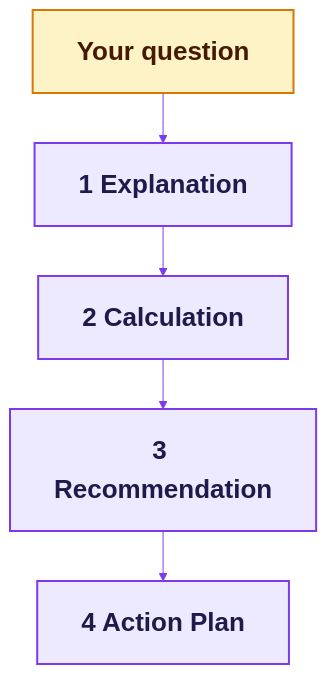
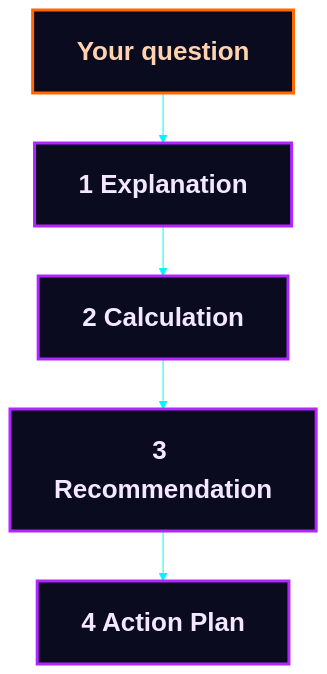
One commit to Mansi232323/MANSHORA changed the tenth of 13 diagrams in README.md. Above: the diagram before and after it, drawn with Mermaid. The commit also changed other lines of this file, not shown here.

````diff
--- a/README.md
+++ b/README.md
@@ -370,9 +370,9 @@
 ```mermaid
-%%{init: {'theme':'base','themeVariables':{'fontSize':'26px','lineColor':'#7c3aed'},'flowchart':{'nodeSpacing':40,'rankSpacing':50,'padding':22,'htmlLabels':true}}}%%
+%%{init: {'theme':'base','themeVariables':{'fontSize':'26px','lineColor':'#00f5ff','clusterBkg':'#0b0b1f','clusterBorder':'#ff00e5','titleColor':'#ff00e5','edgeLabelBackground':'#0b0b1f'},'flowchart':{'nodeSpacing':40,'rankSpacing':50,'padding':22,'htmlLabels':true}}}%%
 flowchart TB
     Q["<b>Your question</b>"] --> E["<b>1 Explanation</b>"] --> C["<b>2 Calculation</b>"] --> R["<b>3 Recommendation</b>"] --> A["<b>4 Action Plan</b>"]
-    classDef a fill:#ede9fe,stroke:#7c3aed,stroke-width:2px,color:#1e1b4b
-    classDef q fill:#fef3c7,stroke:#d97706,stroke-width:2px,color:#451a03
+    classDef a fill:#0b0b1f,stroke:#b026ff,stroke-width:3px,color:#f3e8ff
+    classDef q fill:#0b0b1f,stroke:#ff6700,stroke-width:3px,color:#ffd2b0
     class E,C,R,A a
     class Q q
 ```
````
